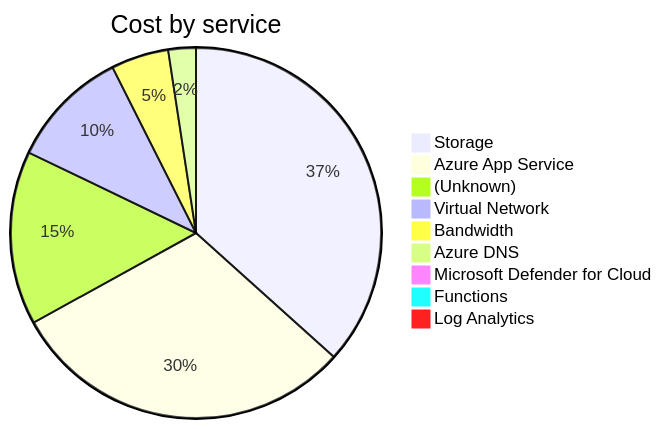
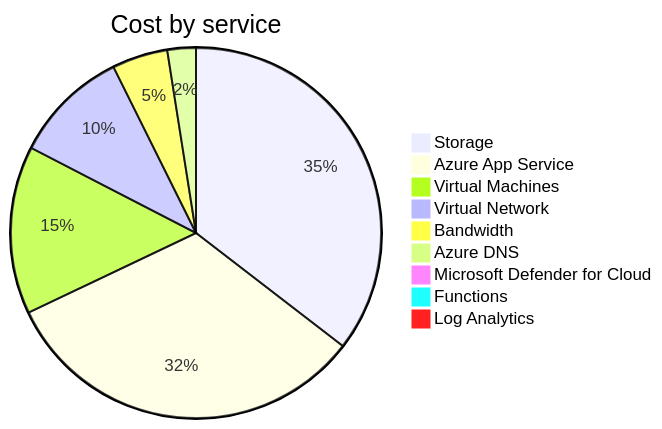
Before and after one commit to jpfulton/azure-personal-reports: the second of 4 diagrams in cost-reports/accumulated-cost.md, drawn with Mermaid. The commit also changed other lines of this file and 4 other files, not shown here.

````diff
--- a/cost-reports/accumulated-cost.md
+++ b/cost-reports/accumulated-cost.md
@@ -103,13 +103,13 @@
 ```mermaid
 pie
    title Cost by service
-   "Storage" : 8.68
-   "Azure App Service" : 7.18
-   "(Unknown)" : 3.59
+   "Storage" : 8.69
+   "Azure App Service" : 7.97
+   "Virtual Machines" : 3.59
    "Virtual Network" : 2.47
    "Bandwidth" : 1.19
-   "Azure DNS" : 0.57
+   "Azure DNS" : 0.61
    "Microsoft Defender for Cloud" : 0.10
    "Functions" : 0.00
    "Log Analytics" : 0.00
 ```
````
